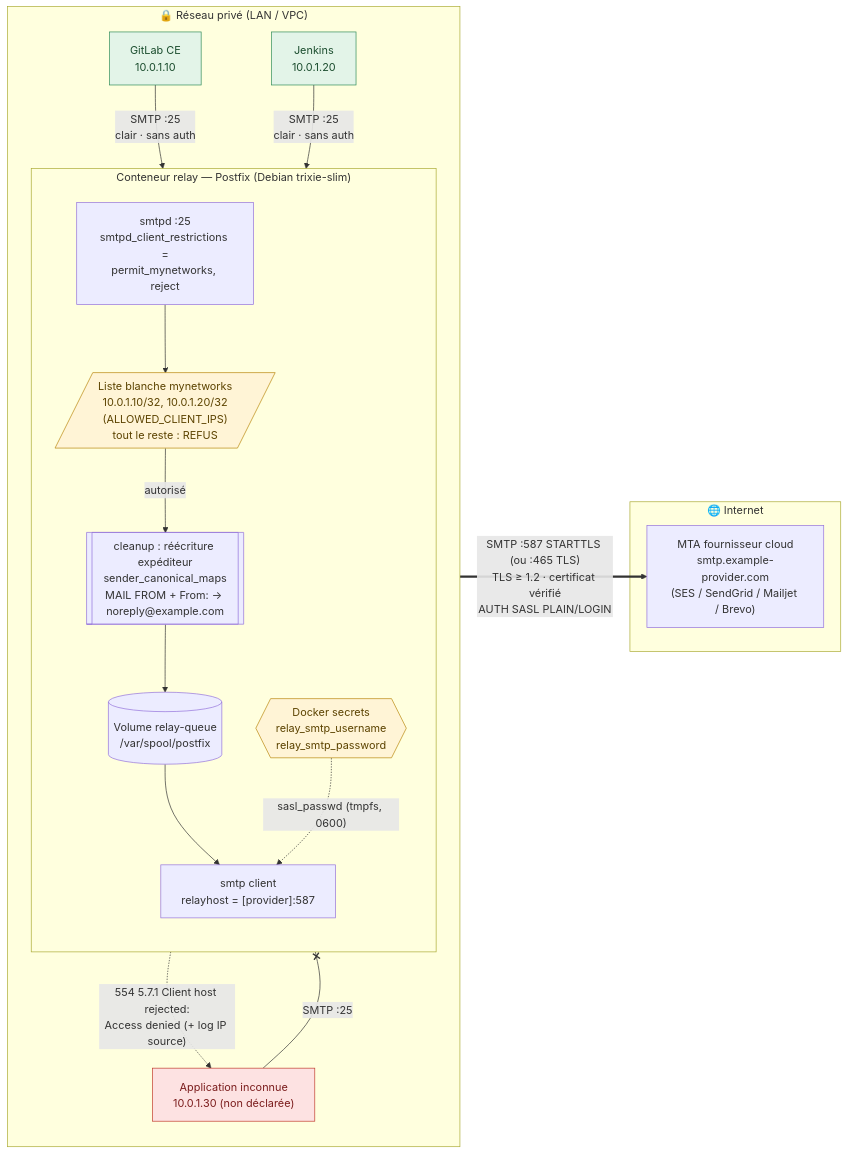
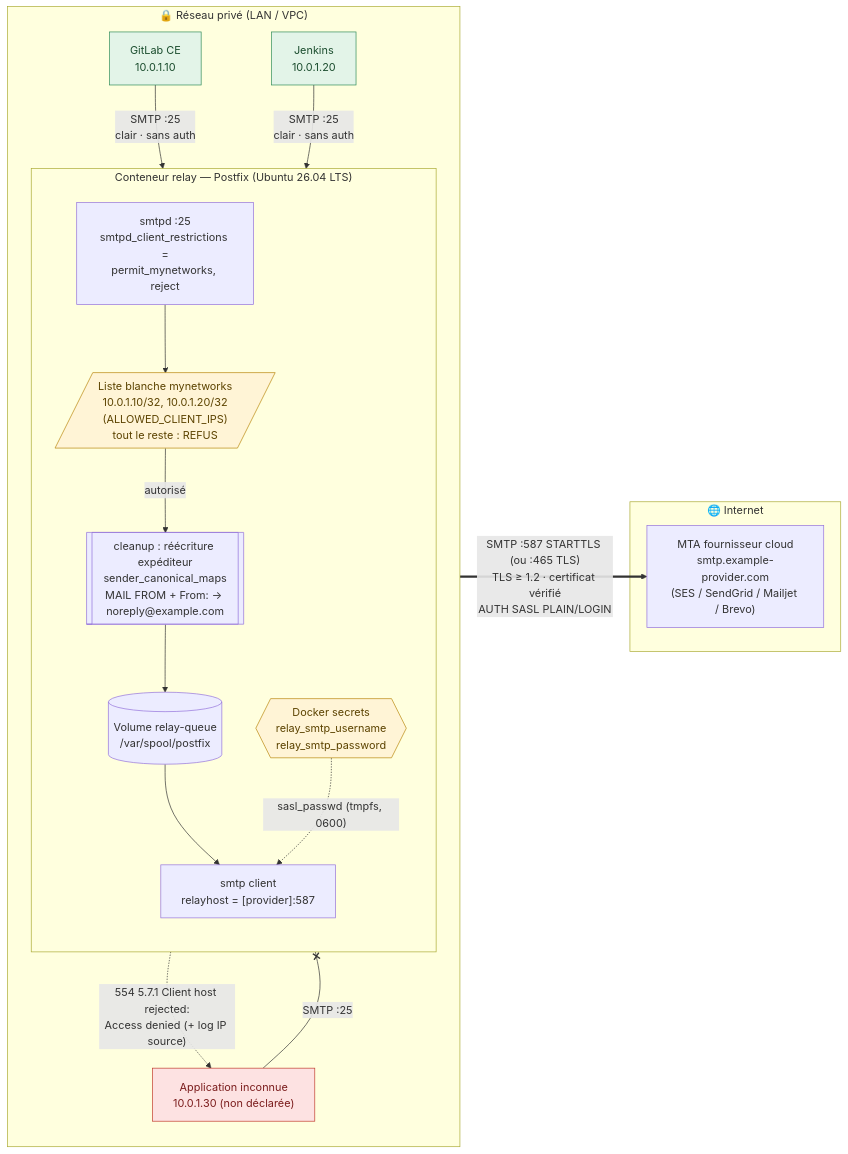
Before and after one commit to kosaar/relai-smtp: the first of 3 diagrams in docs/architecture.md, drawn with Mermaid. The commit also changed 8 other files, not shown here.

First line of the commit message:
refactor: passage de toutes les images sur Ubuntu 26.04 LTS

````diff
--- a/docs/architecture.md
+++ b/docs/architecture.md
@@ -5,39 +5,39 @@
 ```mermaid
 flowchart LR
     subgraph PRIV["🔒 Réseau privé (LAN / VPC)"]
         direction TB
         GL["GitLab CE<br/>10.0.1.10"]
         JK["Jenkins<br/>10.0.1.20"]
         UNK["Application inconnue<br/>10.0.1.30 (non déclarée)"]
 
-        subgraph RELAY["Conteneur relay — Postfix (Debian trixie-slim)"]
+        subgraph RELAY["Conteneur relay — Postfix (Ubuntu 26.04 LTS)"]
             direction TB
             SMTPD["smtpd :25<br/>smtpd_client_restrictions =<br/>permit_mynetworks, reject"]
             WL[/"Liste blanche mynetworks<br/>10.0.1.10/32, 10.0.1.20/32<br/>(ALLOWED_CLIENT_IPS)<br/>tout le reste : REFUS"/]
             RW[["cleanup : réécriture expéditeur<br/>sender_canonical_maps<br/>MAIL FROM + From: → noreply@example.com"]]
             Q[("Volume relay-queue<br/>/var/spool/postfix")]
             SMTP["smtp client<br/>relayhost = [provider]:587"]
             SEC{{"Docker secrets<br/>relay_smtp_username<br/>relay_smtp_password"}}
             SMTPD --> WL
             WL -- autorisé --> RW --> Q --> SMTP
             SEC -. "sasl_passwd (tmpfs, 0600)" .-> SMTP
         end
     end
 
     subgraph NET["🌐 Internet"]
         MTA["MTA fournisseur cloud<br/>smtp.example-provider.com<br/>(SES / SendGrid / Mailjet / Brevo)"]
     end
 
     GL -- "SMTP :25<br/>clair · sans auth" --> SMTPD
     JK -- "SMTP :25<br/>clair · sans auth" --> SMTPD
     UNK -- "SMTP :25" --x SMTPD
     WL -. "554 5.7.1 Client host rejected:<br/>Access denied (+ log IP source)" .-> UNK
     SMTP == "SMTP :587 STARTTLS (ou :465 TLS)<br/>TLS ≥ 1.2 · certificat vérifié<br/>AUTH SASL PLAIN/LOGIN" ==> MTA
 
     classDef deny fill:#fde2e2,stroke:#c0392b,color:#7b1d1d;
     classDef ok fill:#e3f4e8,stroke:#2e8b57,color:#1b4d2e;
     classDef sec fill:#fff4d6,stroke:#b8860b,color:#5c4300;
     class UNK deny;
     class GL,JK ok;
     class SEC,WL sec;
 ```
````
